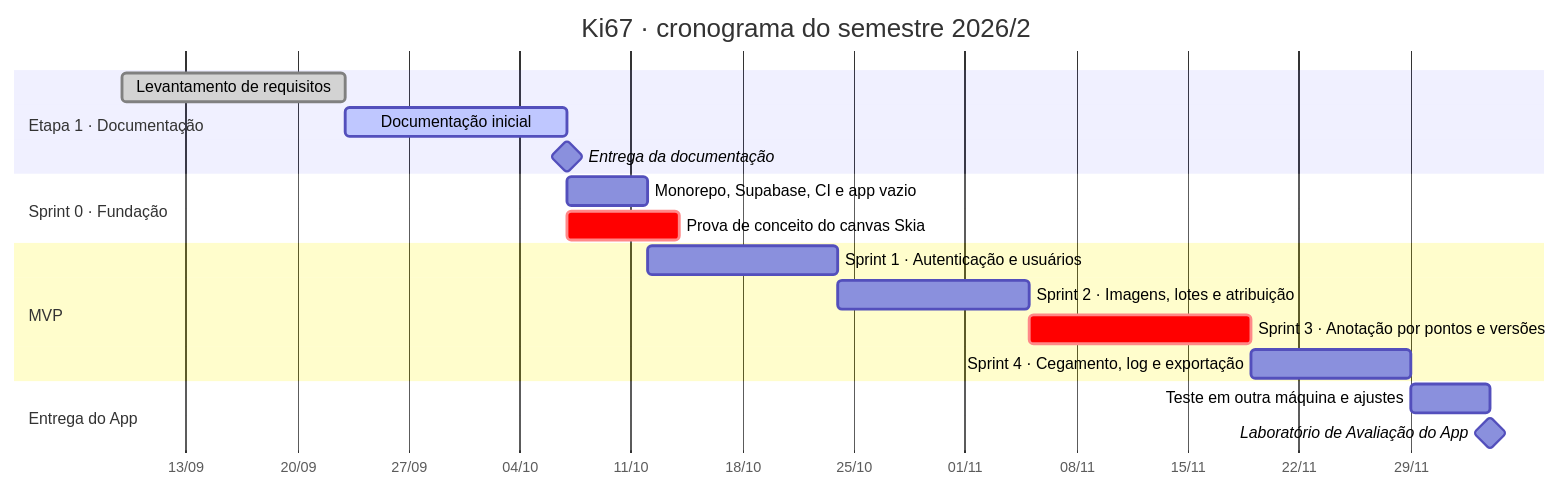
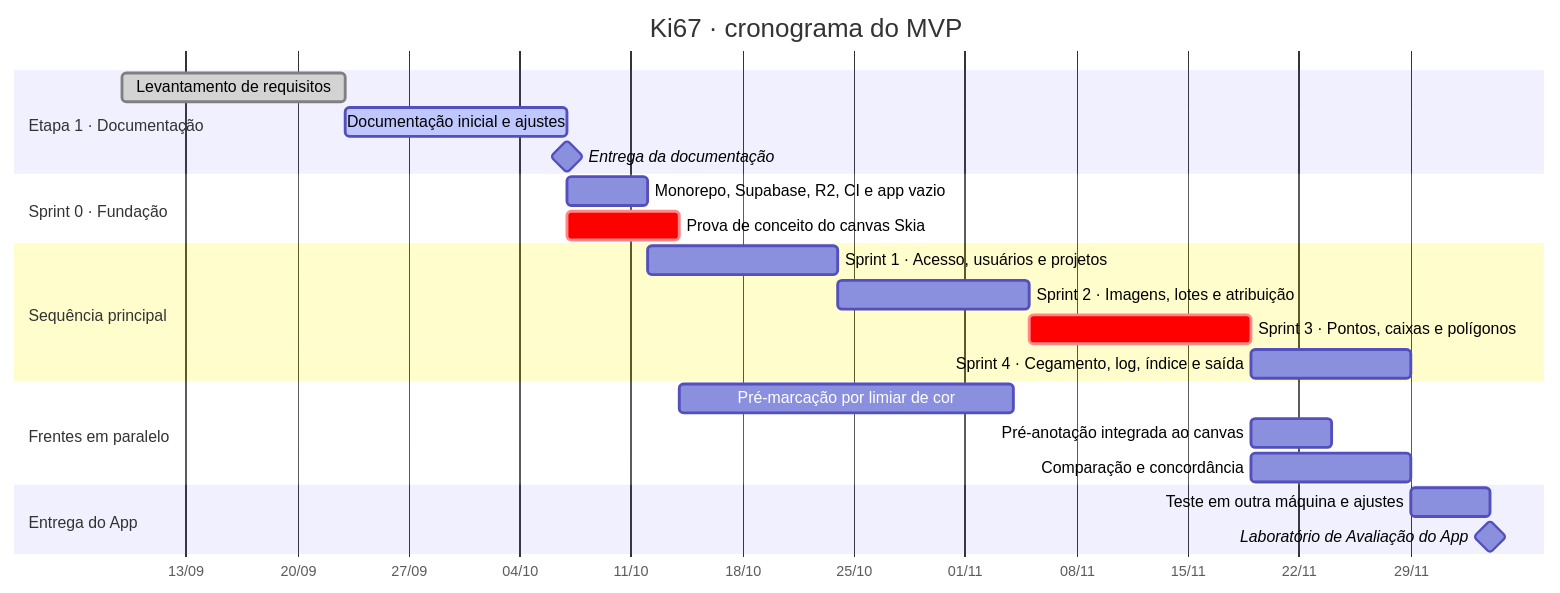
One commit to Matheus-Lordron/ki67 changed the first of 2 diagrams in docs/03-planejamento.md. Above: the diagram before and after it, drawn with Mermaid. The commit also changed other lines of this file and 6 other files, not shown here.

````diff
--- a/docs/03-planejamento.md
+++ b/docs/03-planejamento.md
@@ -25,25 +27,30 @@
 ```mermaid
 gantt
-    title Ki67 · cronograma do semestre 2026/2
+    title Ki67 · cronograma do MVP
     dateFormat YYYY-MM-DD
     axisFormat %d/%m
 
     section Etapa 1 · Documentação
-    Levantamento de requisitos               :done, req, 2026-09-09, 2026-09-23
-    Documentação inicial                     :active, doc, after req, 14d
-    Entrega da documentação                  :milestone, m1, after doc, 0d
+    Levantamento de requisitos                :done, req, 2026-09-09, 2026-09-23
+    Documentação inicial e ajustes            :active, doc, after req, 14d
+    Entrega da documentação                   :milestone, m1, after doc, 0d
 
     section Sprint 0 · Fundação
-    Monorepo, Supabase, CI e app vazio       :s0, after doc, 5d
-    Prova de conceito do canvas Skia         :crit, poc, after doc, 7d
+    Monorepo, Supabase, R2, CI e app vazio    :s0, after doc, 5d
+    Prova de conceito do canvas Skia          :crit, poc, after doc, 7d
 
-    section MVP
-    Sprint 1 · Autenticação e usuários       :s1, after s0, 12d
-    Sprint 2 · Imagens, lotes e atribuição   :s2, after s1, 12d
-    Sprint 3 · Anotação por pontos e versões :crit, s3, after s2 poc, 14d
-    Sprint 4 · Cegamento, log e exportação   :s4, after s3, 10d
+    section Sequência principal
+    Sprint 1 · Acesso, usuários e projetos    :s1, after s0, 12d
+    Sprint 2 · Imagens, lotes e atribuição    :s2, after s1, 12d
+    Sprint 3 · Pontos, caixas e polígonos     :crit, s3, after s2 poc, 14d
+    Sprint 4 · Cegamento, log, índice e saída :s4, after s3, 10d
+
+    section Frentes em paralelo
+    Pré-marcação por limiar de cor            :pre, after poc, 21d
+    Pré-anotação integrada ao canvas          :prei, after s3 pre, 5d
+    Comparação e concordância                 :cmp, after s3, 10d
 
     section Entrega do App
-    Teste em outra máquina e ajustes         :tst, after s4, 5d
-    Laboratório de Avaliação do App          :milestone, lab, after tst, 0d
+    Teste em outra máquina e ajustes          :tst, after s4 cmp prei, 5d
+    Laboratório de Avaliação do App           :milestone, lab, after tst, 0d
 ```
````
